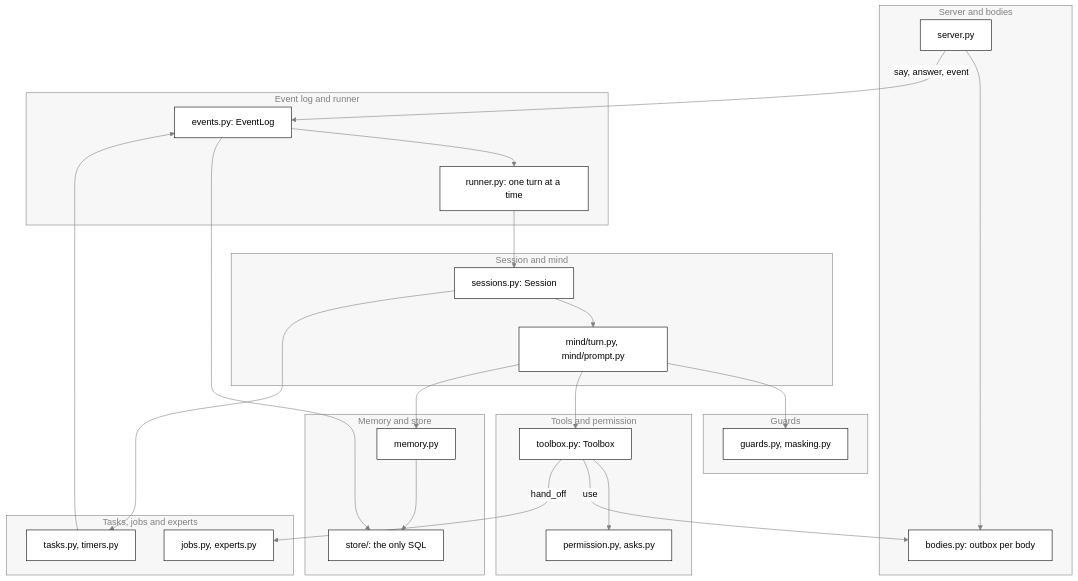
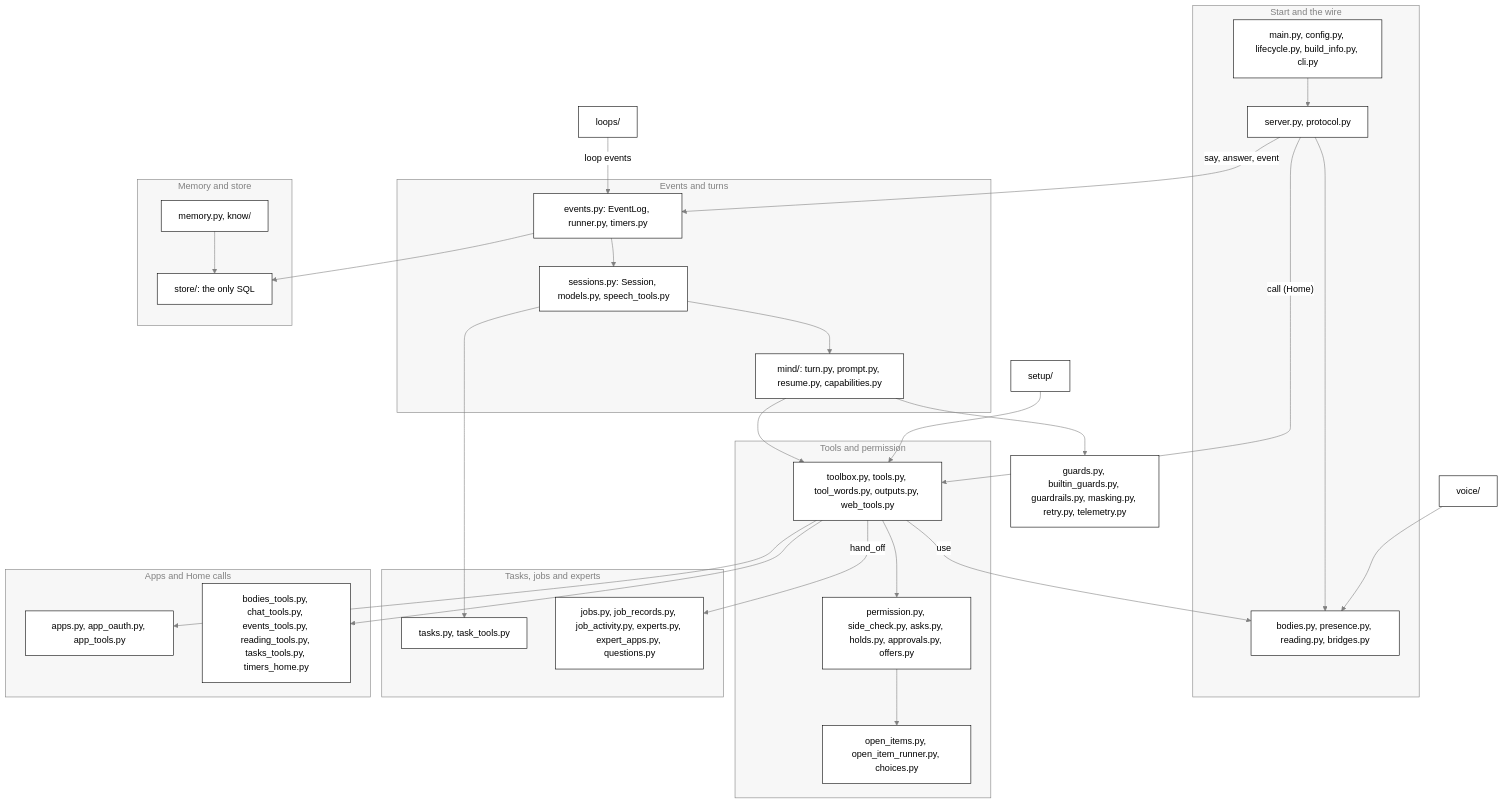
One commit to nadeem4/tagalong changed the first of 4 diagrams in docs/brain/README.md. Above: the diagram before and after it, drawn with Mermaid. The commit also changed other lines of this file and 2 other files, not shown here.

Commit message:
docs: review fixes for brain overview, setup, safety and loops

````diff
--- a/docs/brain/README.md
+++ b/docs/brain/README.md
@@ -88,46 +96,55 @@
 ```mermaid
 %%{init: {"theme": "base", "themeVariables": {"primaryColor": "#ffffff", "primaryTextColor": "#000000", "primaryBorderColor": "#000000", "lineColor": "#808080", "arrowheadColor": "#808080", "secondaryColor": "#f2f2f2", "tertiaryColor": "#ffffff", "clusterBkg": "#f7f7f7", "clusterBorder": "#808080", "edgeLabelBackground": "#ffffff", "titleColor": "#808080", "actorBkg": "#ffffff", "actorBorder": "#000000", "actorTextColor": "#000000", "actorLineColor": "#808080", "signalColor": "#808080", "signalTextColor": "#808080", "sequenceNumberColor": "#ffffff", "labelBoxBkgColor": "#ffffff", "labelBoxBorderColor": "#808080", "labelTextColor": "#000000", "loopTextColor": "#808080", "noteBkgColor": "#f7f7f7", "noteBorderColor": "#808080", "noteTextColor": "#000000", "activationBkgColor": "#f7f7f7", "activationBorderColor": "#808080", "fontFamily": "Segoe UI, Helvetica, Arial, sans-serif"}, "themeCSS": ".relationshipLabelBox{opacity:1} .relationshipLabelBox rect{opacity:1}"}}%%
 flowchart TD
-  subgraph door["Server and bodies"]
-    server["server.py"]
-    bodies["bodies.py: outbox per body"]
+  subgraph wire["Start and the wire"]
+    main["main.py, config.py, lifecycle.py, build_info.py, cli.py"]
+    server["server.py, protocol.py"]
+    bodies["bodies.py, presence.py, reading.py, bridges.py"]
   end
-  subgraph log["Event log and runner"]
-    events["events.py: EventLog"]
-    runner["runner.py: one turn at a time"]
-  end
-  subgraph mind["Session and mind"]
-    sessions["sessions.py: Session"]
-    turn["mind/turn.py, mind/prompt.py"]
+  subgraph turns["Events and turns"]
+    events["events.py: EventLog, runner.py, timers.py"]
+    session["sessions.py: Session, models.py, speech_tools.py"]
+    mind["mind/: turn.py, prompt.py, resume.py, capabilities.py"]
   end
   subgraph gate["Tools and permission"]
-    toolbox["toolbox.py: Toolbox"]
-    permission["permission.py, asks.py"]
+    toolbox["toolbox.py, tools.py, tool_words.py, outputs.py, web_tools.py"]
+    permission["permission.py, side_check.py, asks.py, holds.py, approvals.py, offers.py"]
+    items["open_items.py, open_item_runner.py, choices.py"]
   end
   subgraph work["Tasks, jobs and experts"]
-    tasks["tasks.py, timers.py"]
-    jobs["jobs.py, experts.py"]
+    tasks["tasks.py, task_tools.py"]
+    jobs["jobs.py, job_records.py, job_activity.py, experts.py, expert_apps.py, questions.py"]
+  end
+  subgraph homecalls["Apps and Home calls"]
+    apps["apps.py, app_oauth.py, app_tools.py"]
+    home["bodies_tools.py, chat_tools.py, events_tools.py, reading_tools.py, tasks_tools.py, timers_home.py"]
   end
   subgraph keep["Memory and store"]
-    memory["memory.py"]
+    memory["memory.py, know/"]
     store["store/: the only SQL"]
   end
-  subgraph guard["Guards"]
-    guards["guards.py, masking.py"]
-  end
+  guards["guards.py, builtin_guards.py, guardrails.py, masking.py, retry.py, telemetry.py"]
+  setup["setup/"]
+  loops["loops/"]
+  voice["voice/"]
+  main --> server
   server --> bodies
   server -->|"say, answer, event"| events
-  events --> runner
-  runner --> sessions
-  sessions --> turn
-  turn --> guards
-  turn --> toolbox
+  server -->|"call (Home)"| toolbox
+  events --> session
+  session --> mind
+  session --> tasks
+  mind --> guards
+  mind --> toolbox
   toolbox --> permission
+  permission --> items
   toolbox -->|"use"| bodies
+  toolbox --> apps
+  toolbox --> home
   toolbox -->|"hand_off"| jobs
-  sessions --> tasks
-  tasks --> events
-  turn --> memory
   memory --> store
   events --> store
+  loops -->|"loop events"| events
+  setup --> toolbox
+  voice --> bodies
 ```
````
